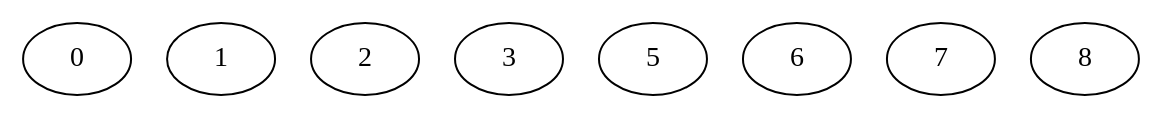
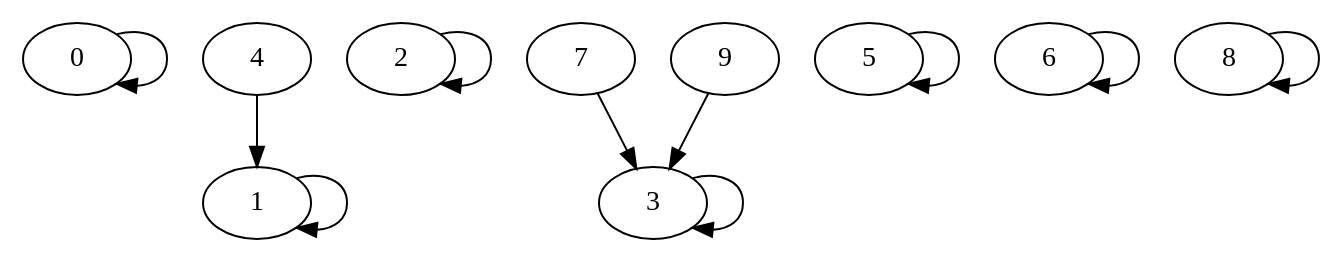
One commit to LilianHERTEL/Labyrinthe-parcours-en-C changed the diagram in partition/graphviz/partitionSimple.dot. Above: the diagram before and after it, drawn with Graphviz. The commit also changed 4 other files, not shown here.

```diff
--- a/partition/graphviz/partitionSimple.dot
+++ b/partition/graphviz/partitionSimple.dot
@@ -1,28 +1,44 @@
 digraph partitionSimple {
-	graph [bb="0,0,558,36"];
+	graph [bb="0,0,648,108"];
 	node [label="\N"];
 	0	 [height=0.5,
-		pos="27,18",
+		pos="27,90",
 		width=0.75];
+	0 -> 0	 [pos="e,46.895,77.568 46.895,102.43 59.688,105.68 72,101.53 72,90 72,81.622 65.501,77.143 57.039,76.564"];
 	1	 [height=0.5,
-		pos="99,18",
+		pos="117,18",
 		width=0.75];
+	1 -> 1	 [pos="e,136.9,5.5679 136.9,30.432 149.69,33.675 162,29.531 162,18 162,9.6218 155.5,5.1433 147.04,4.5644"];
 	2	 [height=0.5,
-		pos="171,18",
+		pos="189,90",
 		width=0.75];
+	2 -> 2	 [pos="e,208.9,77.568 208.9,102.43 221.69,105.68 234,101.53 234,90 234,81.622 227.5,77.143 219.04,76.564"];
 	3	 [height=0.5,
-		pos="243,18",
-		width=0.75];
-	5	 [height=0.5,
 		pos="315,18",
 		width=0.75];
+	3 -> 3	 [pos="e,334.9,5.5679 334.9,30.432 347.69,33.675 360,29.531 360,18 360,9.6218 353.5,5.1433 345.04,4.5644"];
+	5	 [height=0.5,
+		pos="423,90",
+		width=0.75];
+	5 -> 5	 [pos="e,442.9,77.568 442.9,102.43 455.69,105.68 468,101.53 468,90 468,81.622 461.5,77.143 453.04,76.564"];
 	6	 [height=0.5,
-		pos="387,18",
+		pos="513,90",
 		width=0.75];
+	6 -> 6	 [pos="e,532.9,77.568 532.9,102.43 545.69,105.68 558,101.53 558,90 558,81.622 551.5,77.143 543.04,76.564"];
+	8	 [height=0.5,
+		pos="603,90",
+		width=0.75];
+	8 -> 8	 [pos="e,622.9,77.568 622.9,102.43 635.69,105.68 648,101.53 648,90 648,81.622 641.5,77.143 633.04,76.564"];
+	4	 [height=0.5,
+		pos="117,90",
+		width=0.75];
+	4 -> 1	 [pos="e,117,36.413 117,71.831 117,64.131 117,54.974 117,46.417"];
 	7	 [height=0.5,
-		pos="459,18",
+		pos="279,90",
 		width=0.75];
-	8	 [height=0.5,
-		pos="531,18",
+	7 -> 3	 [pos="e,306.37,35.269 287.71,72.571 291.96,64.081 297.15,53.693 301.87,44.267"];
+	9	 [height=0.5,
+		pos="351,90",
 		width=0.75];
+	9 -> 3	 [pos="e,323.63,35.269 342.29,72.571 338.04,64.081 332.85,53.693 328.13,44.267"];
 }
```
